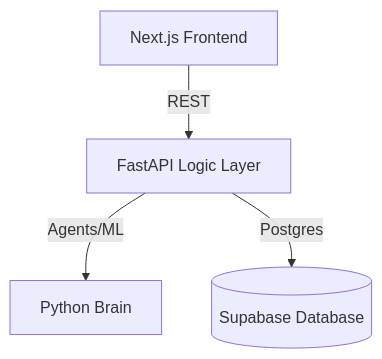
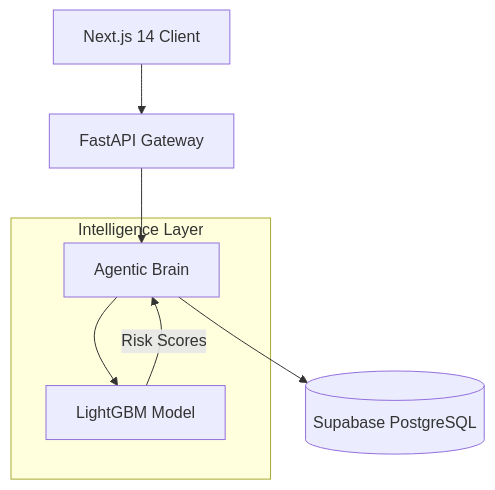
Before and after one commit to abdullahabtahi/deriv-defensor: the diagram in README.md, drawn with Mermaid. The commit also changed other lines of this file and 28 other files, not shown here.

````diff
--- a/README.md
+++ b/README.md
@@ -25,6 +42,11 @@
 ```mermaid
 graph TD
-    UI[Next.js Frontend] -- REST --> API[FastAPI Logic Layer]
-    API -- Agents/ML --> AI[Python Brain]
-    API -- Postgres --> DB[(Supabase Database)]
+    Client[Next.js 14 Client] --> API[FastAPI Gateway]
+    API --> Agent[Agentic Brain]
+    Agent --> ML[LightGBM Model]
+    Agent --> DB[(Supabase PostgreSQL)]
+    
+    subgraph "Intelligence Layer"
+    ML -- "Risk Scores" --> Agent
+    end
 ```
````
